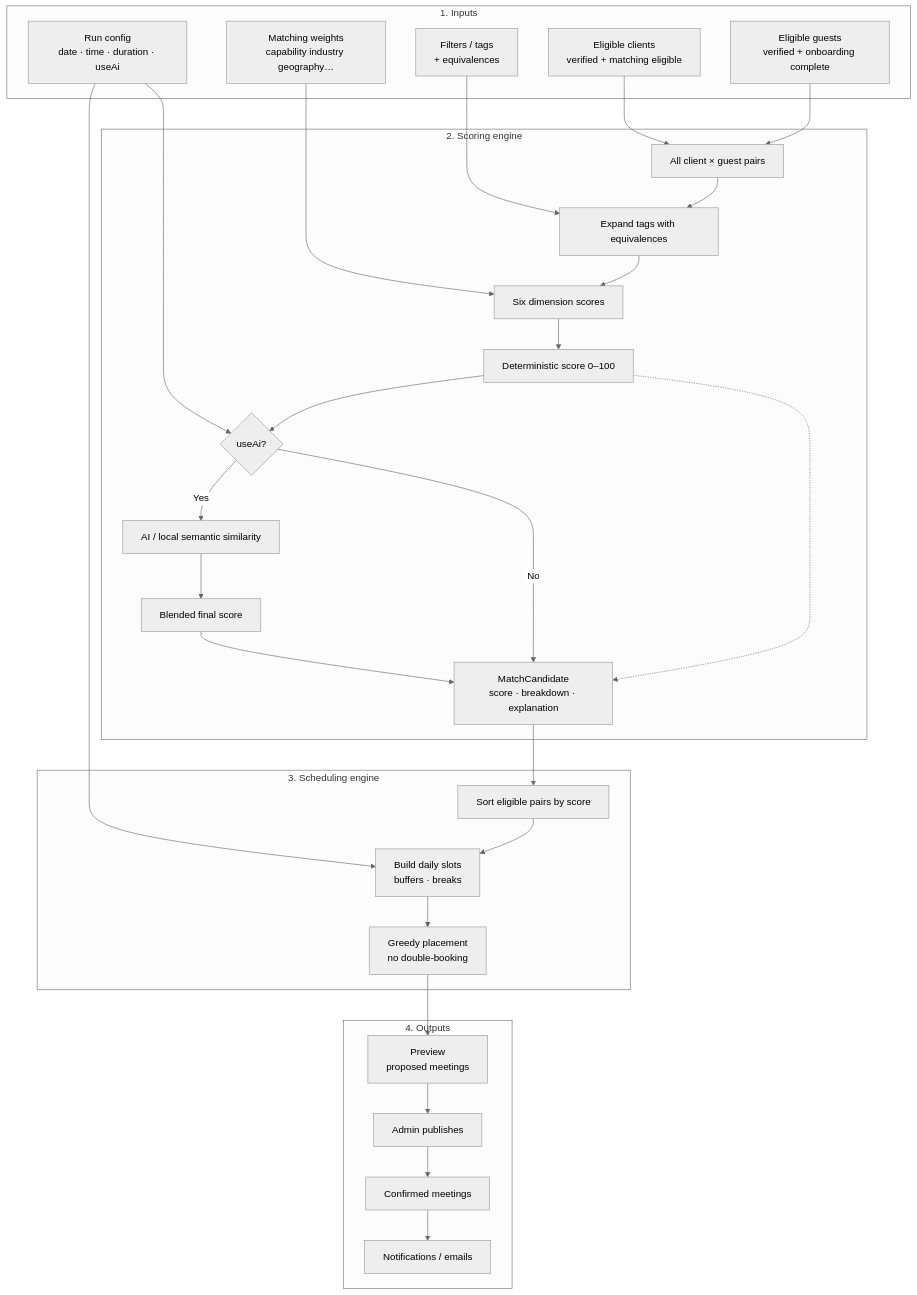
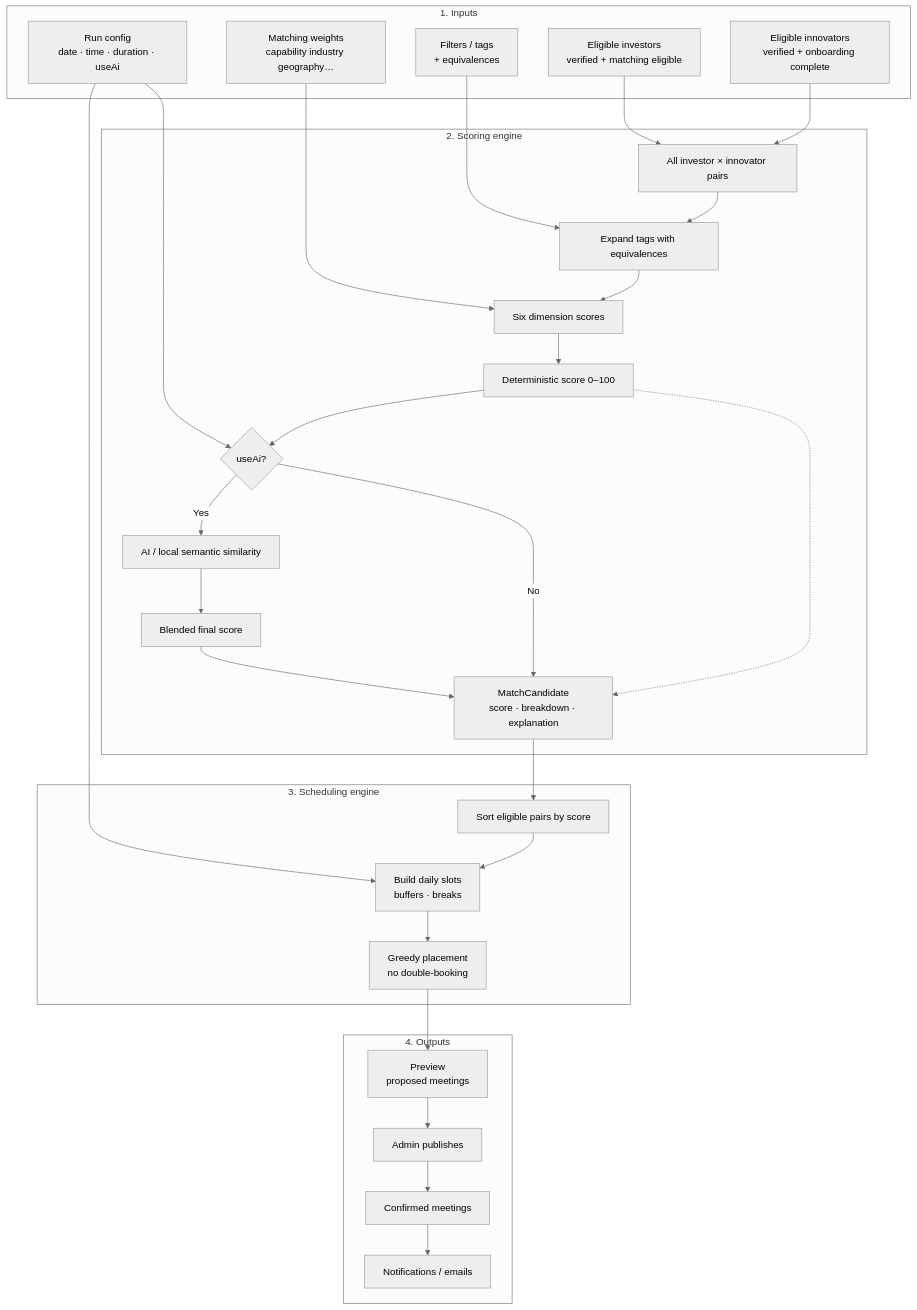
Before and after one commit to yashbanerjee/event-matchmaking: the first of 2 diagrams in docs/MATCHMAKING_ARCHITECTURE.md, drawn with Mermaid (neutral theme). The commit also changed other lines of this file and 126 other files, not shown here.

First line of the commit message:
feat: investor–innovator matchmaking, interest-first scheduling, and admin UX

````diff
--- a/docs/MATCHMAKING_ARCHITECTURE.md
+++ b/docs/MATCHMAKING_ARCHITECTURE.md
@@ -34,49 +34,49 @@
 ```mermaid
 flowchart TB
   subgraph inputs [1. Inputs]
-    Clients[Eligible clients<br/>verified + matching eligible]
-    Guests[Eligible guests<br/>verified + onboarding complete]
+    Investors[Eligible investors<br/>verified + matching eligible]
+    Innovators[Eligible innovators<br/>verified + onboarding complete]
     Filters[Filters / tags<br/>+ equivalences]
     Weights[Matching weights<br/>capability industry geography…]
     Config[Run config<br/>date · time · duration · useAi]
   end
 
   subgraph scoring [2. Scoring engine]
-    Pair[All client × guest pairs]
+    Pair[All investor × innovator pairs]
     Expand[Expand tags with equivalences]
     Dims[Six dimension scores]
     Det[Deterministic score 0–100]
     AI{useAi?}
     Sem[AI / local semantic similarity]
     Blend[Blended final score]
     CandRow[MatchCandidate<br/>score · breakdown · explanation]
   end
 
   subgraph schedule [3. Scheduling engine]
     Rank[Sort eligible pairs by score]
     Slots[Build daily slots<br/>buffers · breaks]
     Greedy[Greedy placement<br/>no double-booking]
   end
 
   subgraph outputs [4. Outputs]
     Preview[Preview<br/>proposed meetings]
     Publish[Admin publishes]
     Confirmed[Confirmed meetings]
     Notify[Notifications / emails]
   end
 
-  Clients --> Pair
-  Guests --> Pair
+  Investors --> Pair
+  Innovators --> Pair
   Filters --> Expand
   Weights --> Dims
   Config --> AI
   Config --> Slots
 
   Pair --> Expand --> Dims --> Det --> AI
   AI -->|Yes| Sem --> Blend --> CandRow
   AI -->|No| CandRow
   Det -.-> CandRow
 
   CandRow --> Rank --> Slots --> Greedy
   Greedy --> Preview --> Publish --> Confirmed --> Notify
 ```
````
